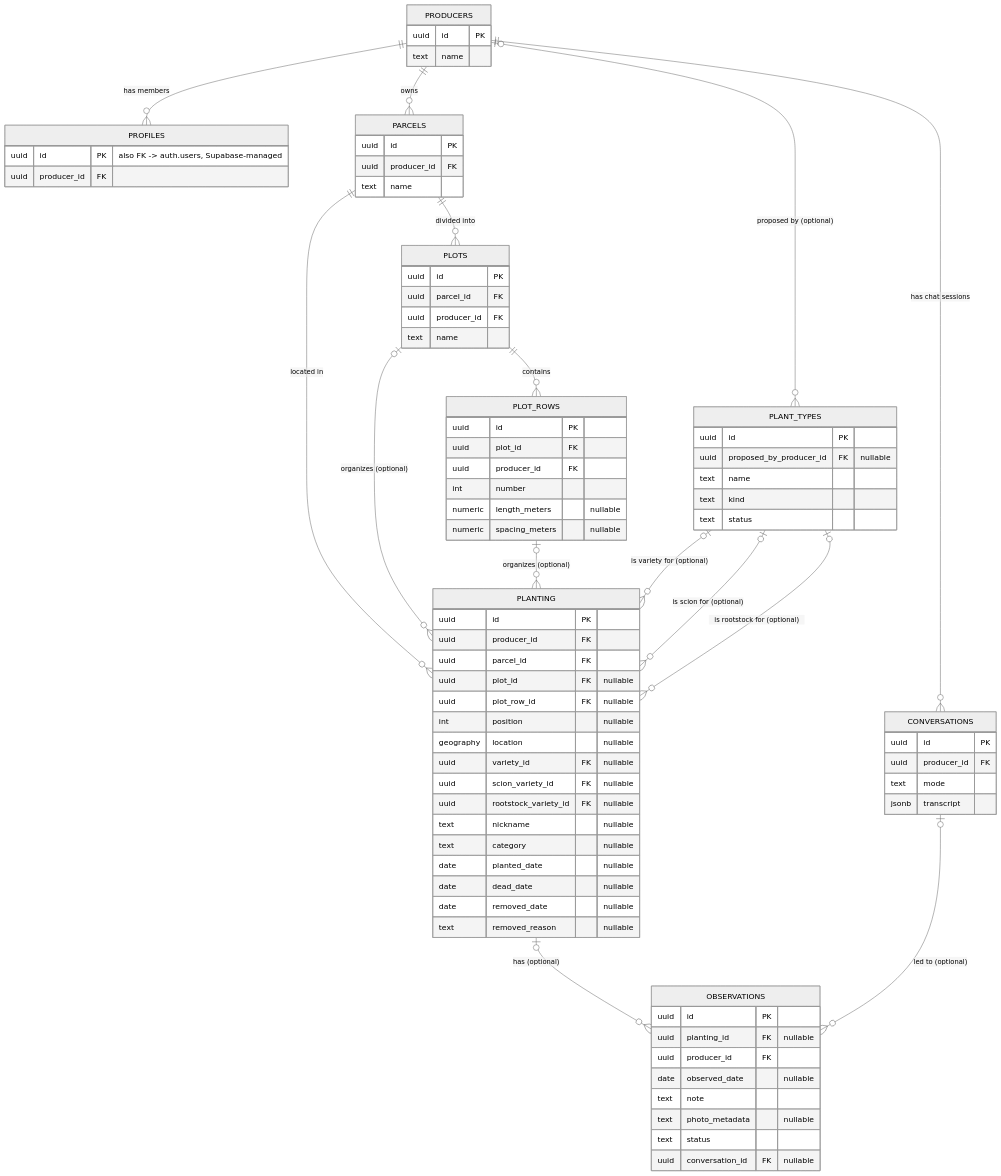
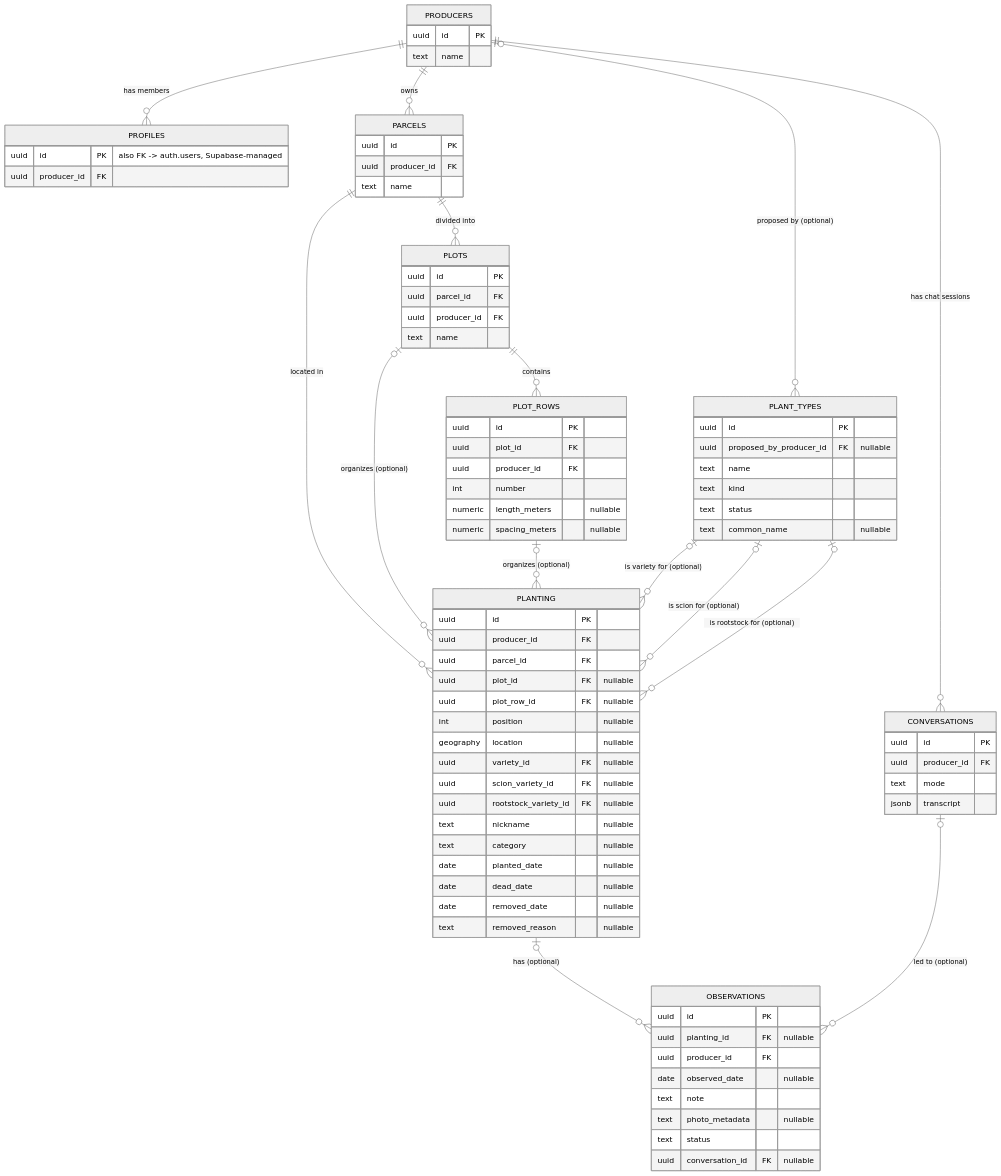
One commit to sethschrage/growdy changed the diagram in docs/data-model.md. Above: the diagram before and after it, drawn with Mermaid (neutral theme). The commit also changed other lines of this file and 5 other files, not shown here.

First line of the commit message:
feat: teach the chat the real schema instead of a bare table list (#90)

```diff
--- a/docs/data-model.md
+++ b/docs/data-model.md
@@ -58,6 +58,7 @@
         text name
         text kind
         text status
+        text common_name "nullable"
     }
     OBSERVATIONS {
         uuid id PK
```
